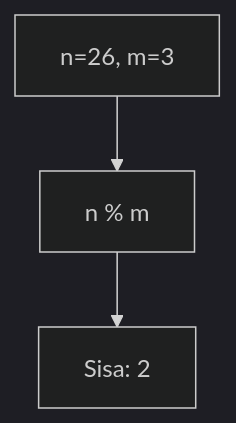
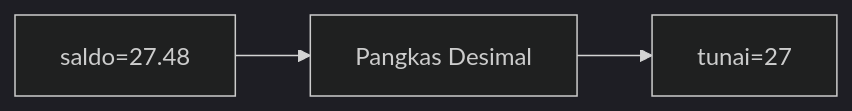
Before and after one commit to amnahwaida/OSNK_INF_PREP: the sixth of 25 diagrams in part-c-pemahaman-cpp/01-tipe-data/latihan/set-08.md, drawn with Mermaid (dark theme). The commit also changed other lines of this file and 71 other files, not shown here.

````diff
--- a/part-c-pemahaman-cpp/01-tipe-data/latihan/set-08.md
+++ b/part-c-pemahaman-cpp/01-tipe-data/latihan/set-08.md
@@ -130,5 +163,5 @@
 ```mermaid
-graph TD
-A["n=26, m=3"] --> B["n % m"]
-B --> C["Sisa: 2"]
+graph LR
+A["saldo=27.48"] --> B["Pangkas Desimal"]
+B --> C["tunai=27"]
 ```
````
